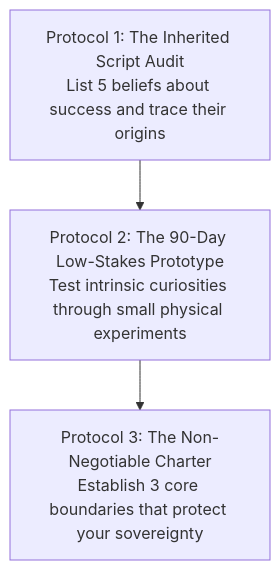
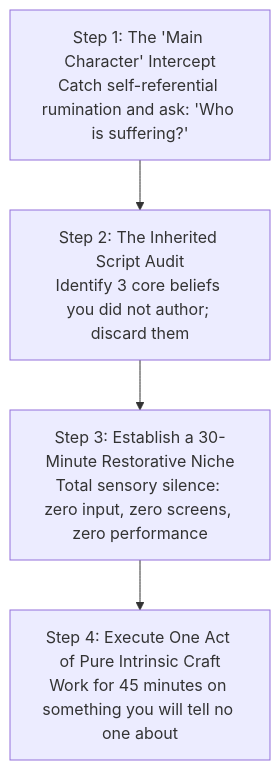
Before and after one commit to vs00918/ytdecoded: the fifth of 5 diagrams in src/content/topics/the-architecture-of-self-knowledge.md, drawn with Mermaid. The commit also changed other lines of this file, not shown here.

Commit message:
feat(topic): enrich architecture of self-knowledge with Naval Ravikant self-obsession and true self framework

````diff
--- a/src/content/topics/the-architecture-of-self-knowledge.md
+++ b/src/content/topics/the-architecture-of-self-knowledge.md
@@ -133,7 +180,7 @@
 ```mermaid
 graph TD
-    P1["Protocol 1: The Inherited Script Audit<br>List 5 beliefs about success and trace their origins"]
-    --> P2["Protocol 2: The 90-Day Low-Stakes Prototype<br>Test intrinsic curiosities through small physical experiments"]
-    --> P3["Protocol 3: The Non-Negotiable Charter<br>Establish 3 core boundaries that protect your sovereignty"]
-
+    H1["Step 1: The 'Main Character' Intercept<br>Catch self-referential rumination and ask: 'Who is suffering?'"]
+    --> H2["Step 2: The Inherited Script Audit<br>Identify 3 core beliefs you did not author; discard them"]
+    --> H3["Step 3: Establish a 30-Minute Restorative Niche<br>Total sensory silence: zero input, zero screens, zero performance"]
+    --> H4["Step 4: Execute One Act of Pure Intrinsic Craft<br>Work for 45 minutes on something you will tell no one about"]
 ```
````
